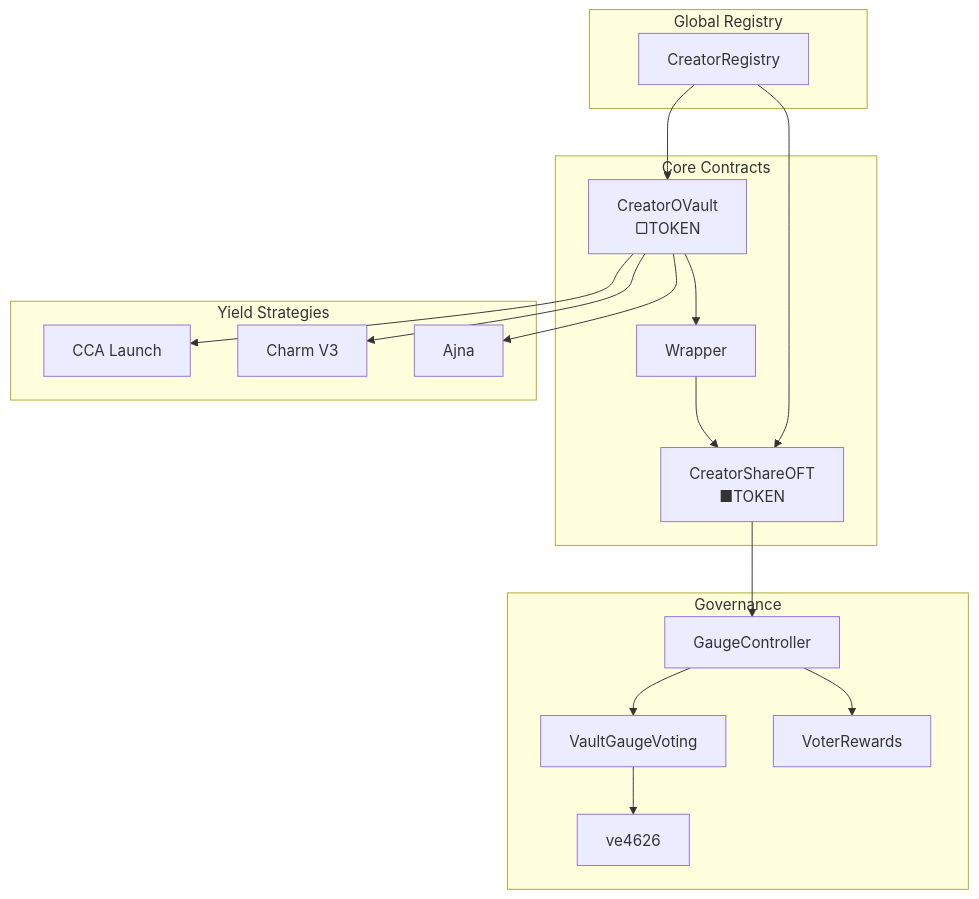
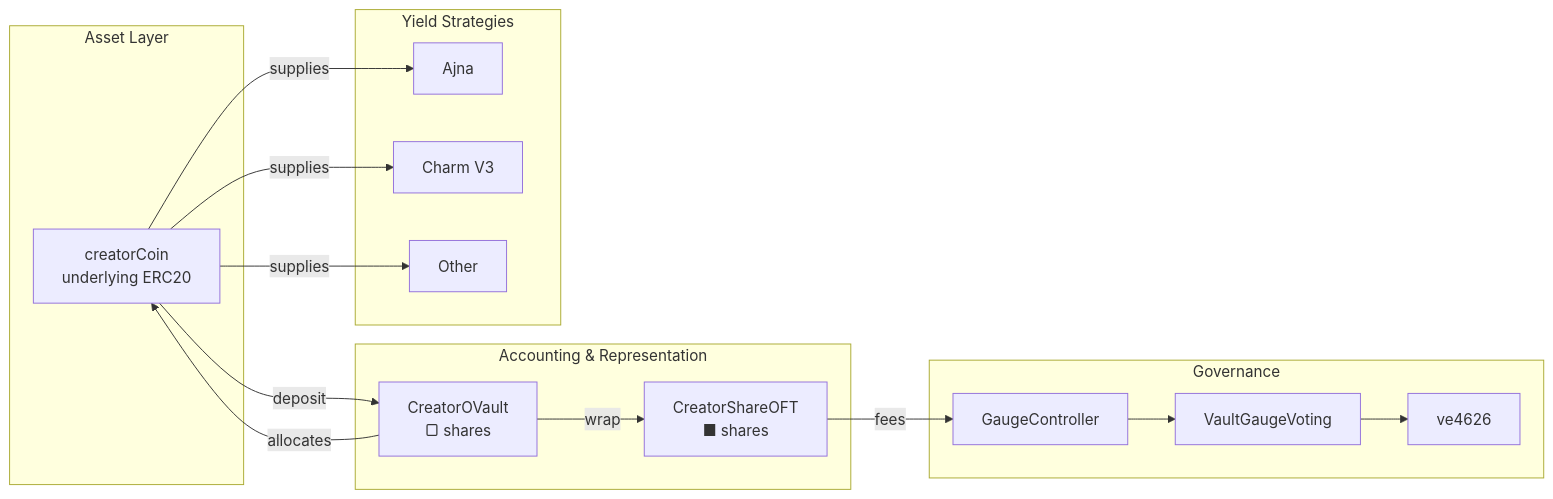
One commit to 4626fun/4626 changed the first of 2 diagrams in docs/overview/architecture.md. Above: the diagram before and after it, drawn with Mermaid. The commit also changed other lines of this file and 2 other files, not shown here.

Commit message:
docs: fix asset flow diagrams - strategies receive creatorCoin only
Add canonical invariant to architecture and style guide:
"Yield strategies operate exclusively on the underlying creatorCoin.
Vault shares and wrapped OFT shares are accounting layers only
and are never deposited into strategies."

Update overview/architecture.md:
- New canonical "Asset and strategy flow" diagram
- Clear layer separation (Asset / Accounting / Yield execution)
- Explicit legend with invariant note

Update reference/diagram-style-guide.md:
- Add "Critical invariant" section
- Fix strategy relationships template
- Fix minimal architecture template
- Rule: "If a diagram shows a strategy receiving anything other
  than creatorCoin, it is wrong"

Update contracts/strategies/index.md:
- Add invariant callout at top
- Link to canonical architecture diagram
- Fix deployment flow diagram labels
- Clarify yield vs launch strategy asset types

````diff
--- a/docs/overview/architecture.md
+++ b/docs/overview/architecture.md
@@ -14,37 +16,35 @@
 ```mermaid
-flowchart TD
-    subgraph Registry["Global Registry"]
-        R[CreatorRegistry]
+flowchart LR
+    subgraph Asset["Asset Layer"]
+        C[creatorCoin<br/>underlying ERC20]
     end
-    
-    subgraph Core["Core Contracts"]
-        Vault[CreatorOVault<br/>▢TOKEN]
-        Wrapper[Wrapper]
-        ShareOFT[CreatorShareOFT<br/>■TOKEN]
+
+    subgraph Accounting["Accounting & Representation"]
+        V[CreatorOVault<br/>▢ shares]
+        W[CreatorShareOFT<br/>■ shares]
     end
-    
+
     subgraph Strategies["Yield Strategies"]
-        CCA[CCA Launch]
-        Charm[Charm V3]
-        Ajna[Ajna]
+        A[Ajna]
+        CH[Charm V3]
+        O[Other]
     end
-    
+
     subgraph Governance["Governance"]
-        Gauge[GaugeController]
-        Voting[VaultGaugeVoting]
+        GC[GaugeController]
+        VG[VaultGaugeVoting]
         VE[ve4626]
-        Rewards[VoterRewards]
     end
-    
-    R --> Vault
-    R --> ShareOFT
-    Vault --> Wrapper
-    Wrapper --> ShareOFT
-    Vault --> CCA
-    Vault --> Charm
-    Vault --> Ajna
-    ShareOFT --> Gauge
-    Gauge --> Voting
-    Voting --> VE
-    Gauge --> Rewards
+
+    C -->|deposit| V
+    V -->|allocates| C
+    C -->|supplies| A
+    C -->|supplies| CH
+    C -->|supplies| O
+
+    V -->|wrap| W
+
+    W -->|fees| GC
+    GC --> VG
+    VG --> VE
 ```
````
